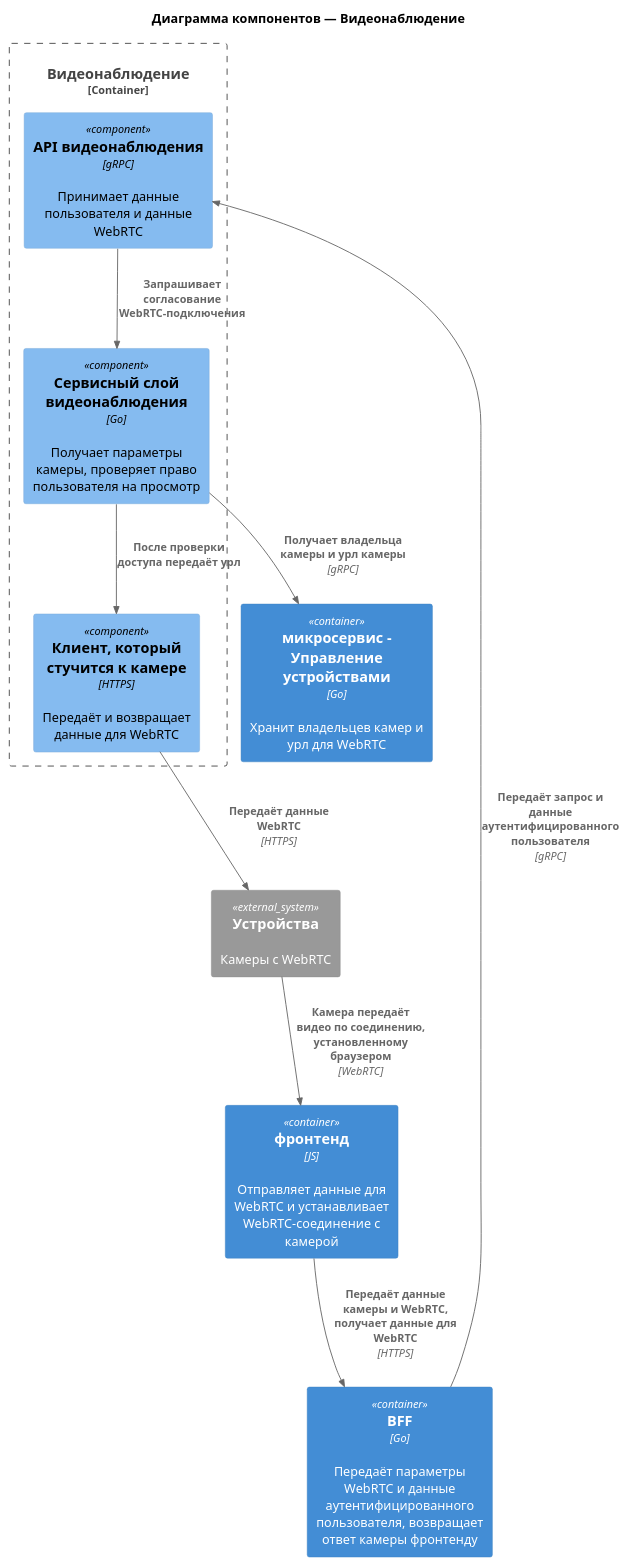
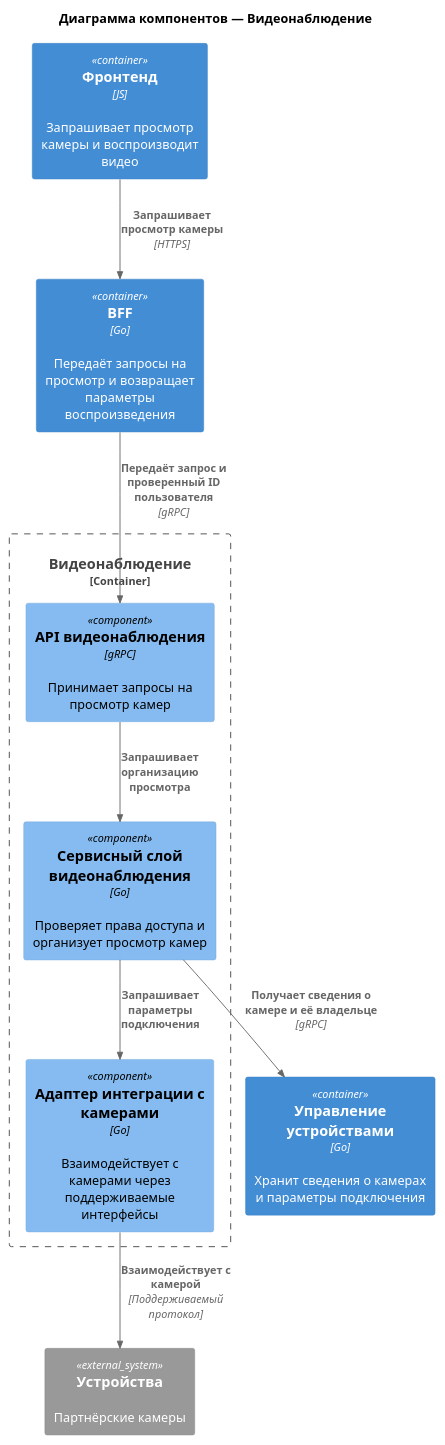
One commit to NikolosHGW/architecture-pro-warmhouse changed the diagram in schemas/2/components-video.puml. Above: the diagram before and after it, drawn with PlantUML. The commit also changed 1 other file, not shown here.

Commit message:
Задание 2: Диаграмма компонентов - Видеосервис update

```diff
--- a/schemas/2/components-video.puml
+++ b/schemas/2/components-video.puml
@@ -1,27 +1,26 @@
 @startuml
 !include <C4/C4_Component>
 
 title Диаграмма компонентов — Видеонаблюдение
 
-Container(web_client, "фронтенд", "JS", "Отправляет данные для WebRTC и устанавливает WebRTC-соединение с камерой")
-Container(bff, "BFF", "Go", "Передаёт параметры WebRTC и данные аутентифицированного пользователя, возвращает ответ камеры фронтенду")
-Container(devices, "микросервис - Управление устройствами", "Go", "Хранит владельцев камер и урл для WebRTC")
-System_Ext(user_devices, "Устройства", "Камеры с WebRTC")
+Container(web_client, "Фронтенд", "JS", "Запрашивает просмотр камеры и воспроизводит видео")
+Container(bff, "BFF", "Go", "Передаёт запросы на просмотр и возвращает параметры воспроизведения")
+Container(devices, "Управление устройствами", "Go", "Хранит сведения о камерах и параметры подключения")
+System_Ext(user_devices, "Устройства", "Партнёрские камеры")
 
 Container_Boundary(video, "Видеонаблюдение") {
-    Component(video_handler, "API видеонаблюдения", "gRPC", "Принимает данные пользователя и данные WebRTC")
+    Component(video_handler, "API видеонаблюдения", "gRPC", "Принимает запросы на просмотр камер")
 
-    Component(video_service, "Сервисный слой видеонаблюдения", "Go", "Получает параметры камеры, проверяет право пользователя на просмотр")
+    Component(video_service, "Сервисный слой видеонаблюдения", "Go", "Проверяет права доступа и организует просмотр камер")
 
-    Component(camera_client, "Клиент, который стучится к камере", "HTTPS", "Передаёт и возвращает данные для WebRTC")
+    Component(camera_client, "Адаптер интеграции с камерами", "Go", "Взаимодействует с камерами через поддерживаемые интерфейсы")
 }
 
-Rel(web_client, bff, "Передаёт данные камеры и WebRTC, получает данные для WebRTC", "HTTPS")
-Rel(bff, video_handler, "Передаёт запрос и данные аутентифицированного пользователя", "gRPC")
-Rel(video_handler, video_service, "Запрашивает согласование WebRTC-подключения")
-Rel(video_service, devices, "Получает владельца камеры и урл камеры", "gRPC")
-Rel(video_service, camera_client, "После проверки доступа передаёт урл")
-Rel(camera_client, user_devices, "Передаёт данные WebRTC", "HTTPS")
-Rel(user_devices, web_client, "Камера передаёт видео по соединению, установленному браузером", "WebRTC")
+Rel(web_client, bff, "Запрашивает просмотр камеры", "HTTPS")
+Rel(bff, video_handler, "Передаёт запрос и проверенный ID пользователя", "gRPC")
+Rel(video_handler, video_service, "Запрашивает организацию просмотра")
+Rel(video_service, devices, "Получает сведения о камере и её владельце", "gRPC")
+Rel(video_service, camera_client, "Запрашивает параметры подключения")
+Rel(camera_client, user_devices, "Взаимодействует с камерой", "Поддерживаемый протокол")
 
 @enduml
```
